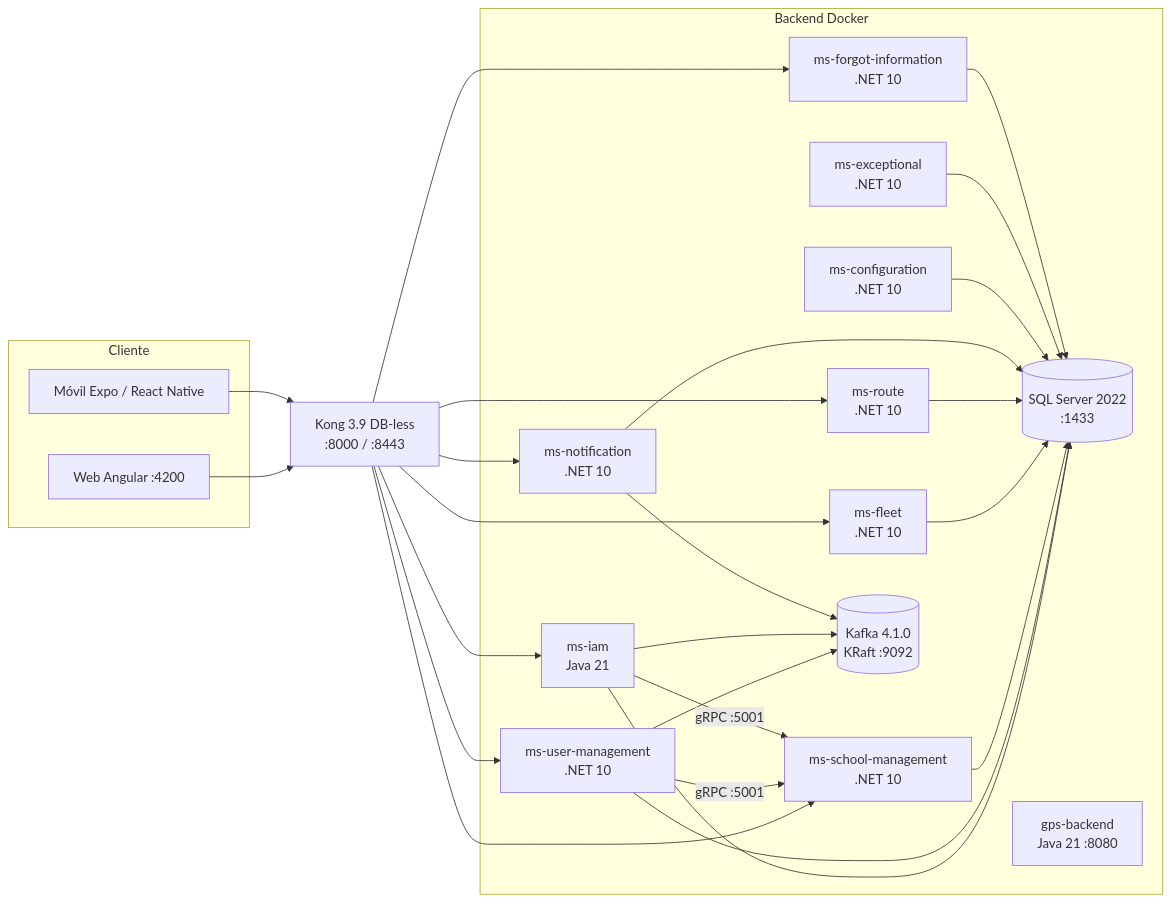
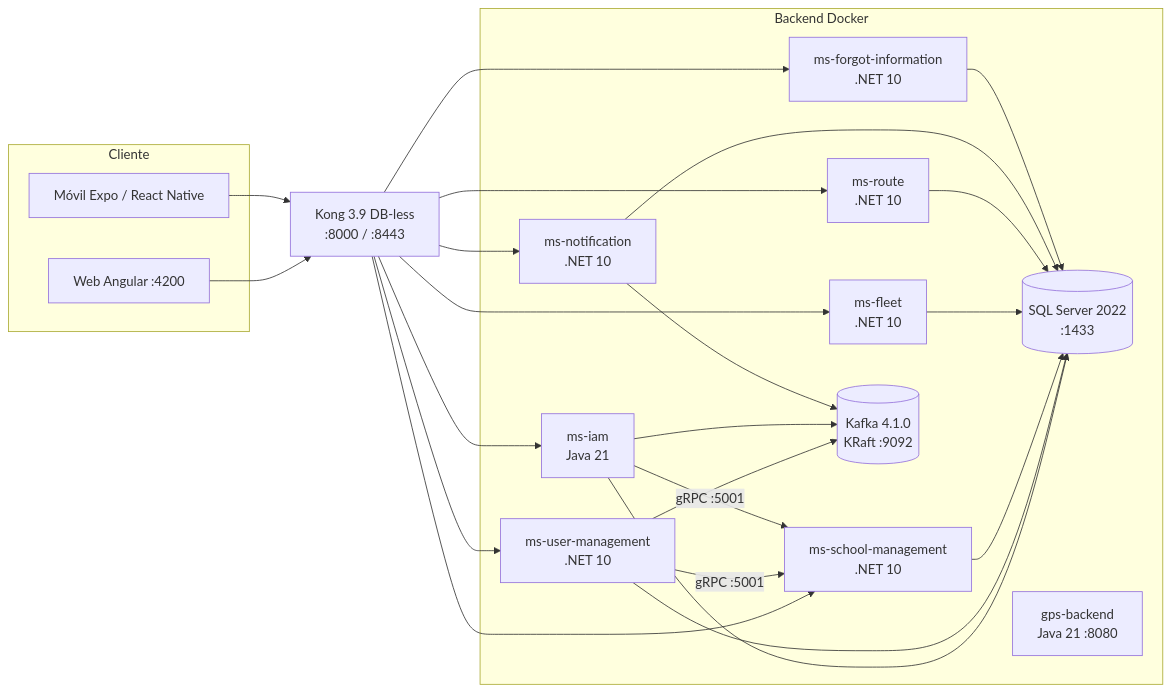
Before and after one commit to code-sena/ADSO-3145556: the first of 2 diagrams in 04-final-delivery/03-school-guardian/08-manuals/installation-manual.md, drawn with Mermaid. The commit also changed other lines of this file and 5 other files, not shown here.

````diff
--- a/04-final-delivery/03-school-guardian/08-manuals/installation-manual.md
+++ b/04-final-delivery/03-school-guardian/08-manuals/installation-manual.md
@@ -36,48 +36,44 @@
 ```mermaid
 flowchart LR
     subgraph Cliente
         WEB[Web Angular :4200]
         MOV[Móvil Expo / React Native]
     end
 
     KONG[Kong 3.9 DB-less\n:8000 / :8443]
 
     subgraph Backend Docker
         IAM[ms-iam\nJava 21]
         UM[ms-user-management\n.NET 10]
         SM[ms-school-management\n.NET 10]
         FL[ms-fleet\n.NET 10]
         RT[ms-route\n.NET 10]
         NT[ms-notification\n.NET 10]
-        CF[ms-configuration\n.NET 10]
-        EX[ms-exceptional\n.NET 10]
         FI[ms-forgot-information\n.NET 10]
         KAFKA[(Kafka 4.1.0\nKRaft :9092)]
         DB[(SQL Server 2022\n:1433)]
         GPS[gps-backend\nJava 21 :8080]
     end
 
     WEB --> KONG
     MOV --> KONG
     KONG --> IAM
     KONG --> UM
     KONG --> SM
     KONG --> FL
     KONG --> RT
     KONG --> NT
     KONG --> FI
     UM -- gRPC :5001 --> SM
     IAM -- gRPC :5001 --> SM
     UM --> KAFKA
     IAM --> KAFKA
     NT --> KAFKA
     IAM --> DB
     UM --> DB
     SM --> DB
     FL --> DB
     RT --> DB
     NT --> DB
-    CF --> DB
-    EX --> DB
     FI --> DB
 ```
````
